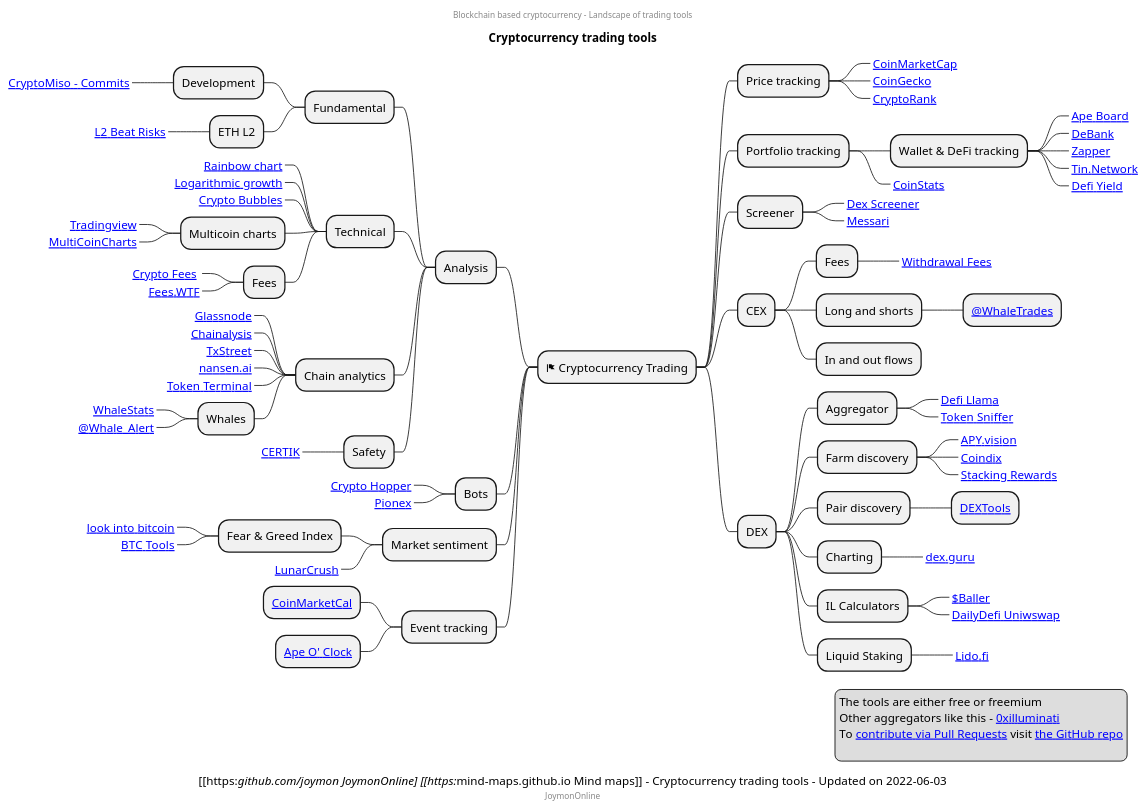
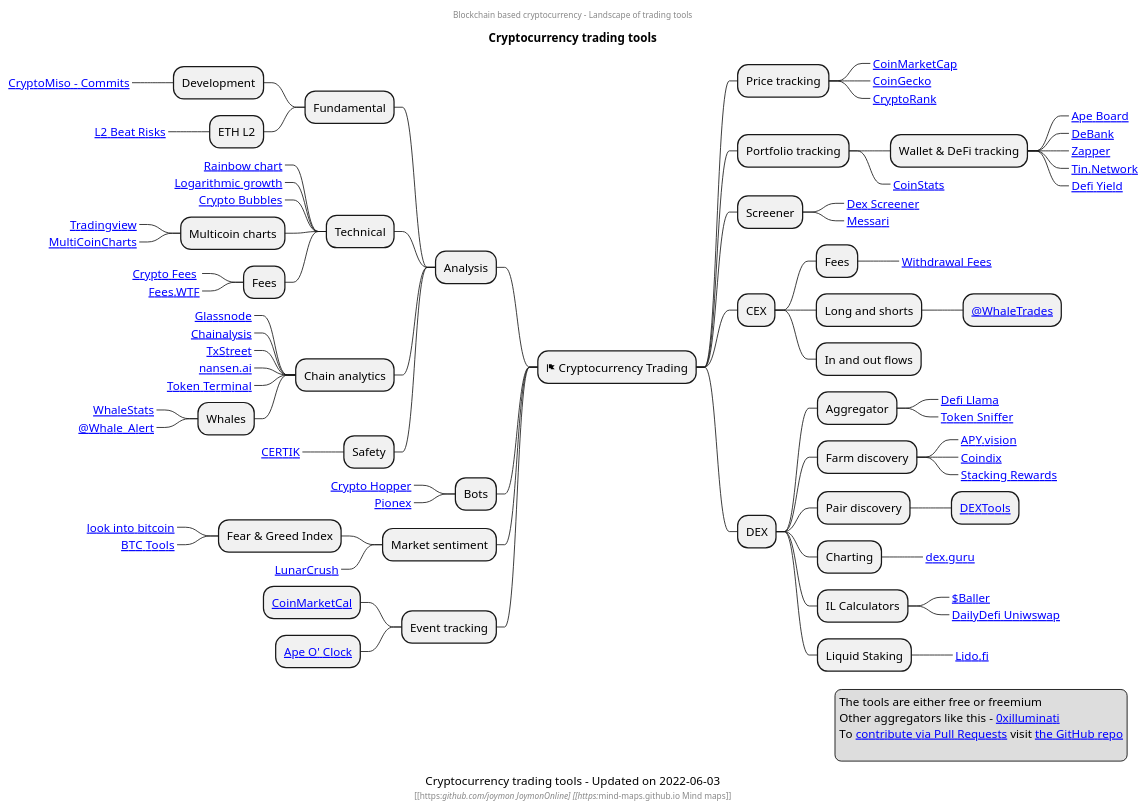
Before and after one commit to mind-maps/blockchain: the diagram in cryptocurrency/trading-tools.puml, drawn with PlantUML.

```diff
--- a/cryptocurrency/trading-tools.puml
+++ b/cryptocurrency/trading-tools.puml
@@ -1,103 +1,103 @@
 @startmindmap
 center header
 Blockchain based cryptocurrency - Landscape of trading tools
 endheader
 title Cryptocurrency trading tools
-center footer JoymonOnline
 * <&flag> Cryptocurrency Trading
 ** Price tracking
 ***_ [[https://coinmarketcap.com/ CoinMarketCap]]
 ***_ [[https://www.coingecko.com/ CoinGecko]]
 ***_ [[https://cryptorank.io/trending CryptoRank]]
 
 ** Portfolio tracking
 *** Wallet & DeFi tracking
 ****_ [[https://apeboard.finance Ape Board]]
 ****_ [[https://debank.com/ DeBank]]
 ****_ [[https://zapper.fi/ Zapper]]
 ****_ [[https://tin.network/ Tin.Network]]
 ****_ [[https://defiyield.app/dashboard Defi Yield]]
 ***_ [[https://coinstats.app CoinStats]]
 /' ** Visualizers, Charting
 ***_ [[https://l2beat.com/ L2 Beat]]
 '/
 ** Screener
 ***_ [[https://dexscreener.com Dex Screener]]
 ***_ [[https://messari.io/screener Messari]]
 ** CEX
 *** Fees
 ****_ [[https://withdrawalfees.com/ Withdrawal Fees]]
 *** Long and shorts
 **** [[https://twitter.com/WhaleTrades @WhaleTrades]]
 *** In and out flows
 ** DEX
 *** Aggregator
 ****_ [[https://defillama.com/ Defi Llama]]
 ****_ [[https://tokensniffer.com/ Token Sniffer]]
 *** Farm discovery
 ****_ [[https://app.apy.vision APY.vision]]
 ****_ [[https://coindix.com/ Coindix]]
 ****_ [[https://stakingrewards.com Stacking Rewards]]
 *** Pair discovery
 **** [[https://dextools.io DEXTools]]
 *** Charting
 ****_ [[ https://dex.guru/ dex.guru]]
 *** IL Calculators
 ****_ [[https://baller.netlify.app/ $Baller]]
 ****_ [[https://dailydefi.org/tools/impermanent-loss-calculator/ DailyDefi Uniwswap]]
 *** Liquid Staking
 ****_ [[https://lido.fi/ Lido.fi]]
 Left Side
 
 ** Analysis
 ***  Fundamental
 **** Development
 *****_ [[https://www.cryptomiso.com/months_3.html CryptoMiso - Commits]]
 **** ETH L2
 *****_ [[https://l2beat.com/?view=risk L2 Beat Risks]]
 *** Technical
 ****_ [[https://www.blockchaincenter.net/en/bitcoin-rainbow-chart/ Rainbow chart]]
 ****_ [[https://www.lookintobitcoin.com/charts/bitcoin-logarithmic-growth-curve/ Logarithmic growth]]
 ****_ [[https://cryptobubbles.net/ Crypto Bubbles]]
 **** Multicoin charts
 *****_ [[https://www.tradingview.com/ Tradingview]]
 *****_ [[https://www.multicoincharts.com/ MultiCoinCharts]]
 **** Fees
 *****_ [[https://cryptofees.info/ Crypto Fees ]]
 *****_ [[https://fees.wtf/#/ Fees.WTF]]
 *** Chain analytics
 ****_ [[https://studio.glassnode.com Glassnode]]
 ****_ [[https://markets.chainalysis.com Chainalysis]]
 ****_ [[https://txstreet.com/ TxStreet]]
 ****_ [[https://www.nansen.ai/ nansen.ai]]
 ****_ [[https://tokenterminal.com/ Token Terminal]]
 **** Whales
 *****_ [[https://www.whalestats.com/analysis-of-the-top-100-eth-wallets WhaleStats]]
 *****_ [[https://twitter.com/whale_alert @Whale_Alert]]
 *** Safety
 ****_ [[https://www.certik.com/ CERTIK]]
 /' ** APIs
 *** Chain
 ****_ [[https://nownodes.io/pricing NowNodes]]
 '/
 ** Bots
 ***_ [[https://www.cryptohopper.com/ Crypto Hopper]]
 ***_ [[https://www.pionex.com/ Pionex]]
 ** Market sentiment
 *** Fear & Greed Index
 ****_ [[https://www.lookintobitcoin.com/charts/bitcoin-fear-and-greed-index/ look into bitcoin]]
 ****_ [[https://btctools.io/stats/crypto-fear-and-greed-index BTC Tools]]
 ***_ [[https://lunarcrush.com/markets LunarCrush]]
 ** Event tracking
 *** [[https://coinmarketcal.com CoinMarketCal]]
 *** [[https://apeoclock.com Ape O' Clock]]
 
 legend right
 The tools are either free or freemium
 Other aggregators like this - [[https://0xilluminati.com/1f3a72793fc64eaca86f19a655610d94 0xilluminati]]
 To [[https://docs.github.com/en/get-started/quickstart/contributing-to-projects contribute via Pull Requests]] visit [[https://github.com/mind-maps/blockchain the GitHub repo]]
 
 endlegend
-caption [[https://github.com/joymon JoymonOnline] [[https://mind-maps.github.io Mind maps]] - Cryptocurrency trading tools - Updated on 2022-06-03
+caption  Cryptocurrency trading tools - Updated on 2022-06-03
+center footer [[https://github.com/joymon JoymonOnline] [[https://mind-maps.github.io Mind maps]] 
 
 @endmindmap
```
